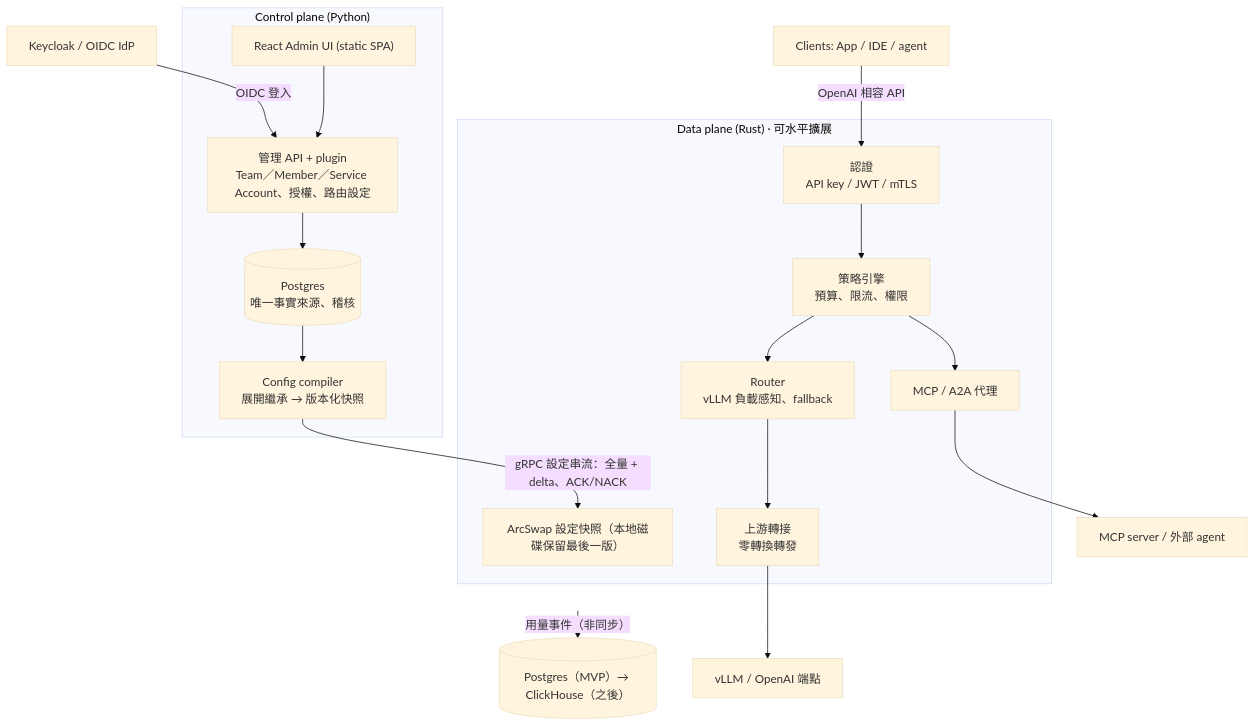
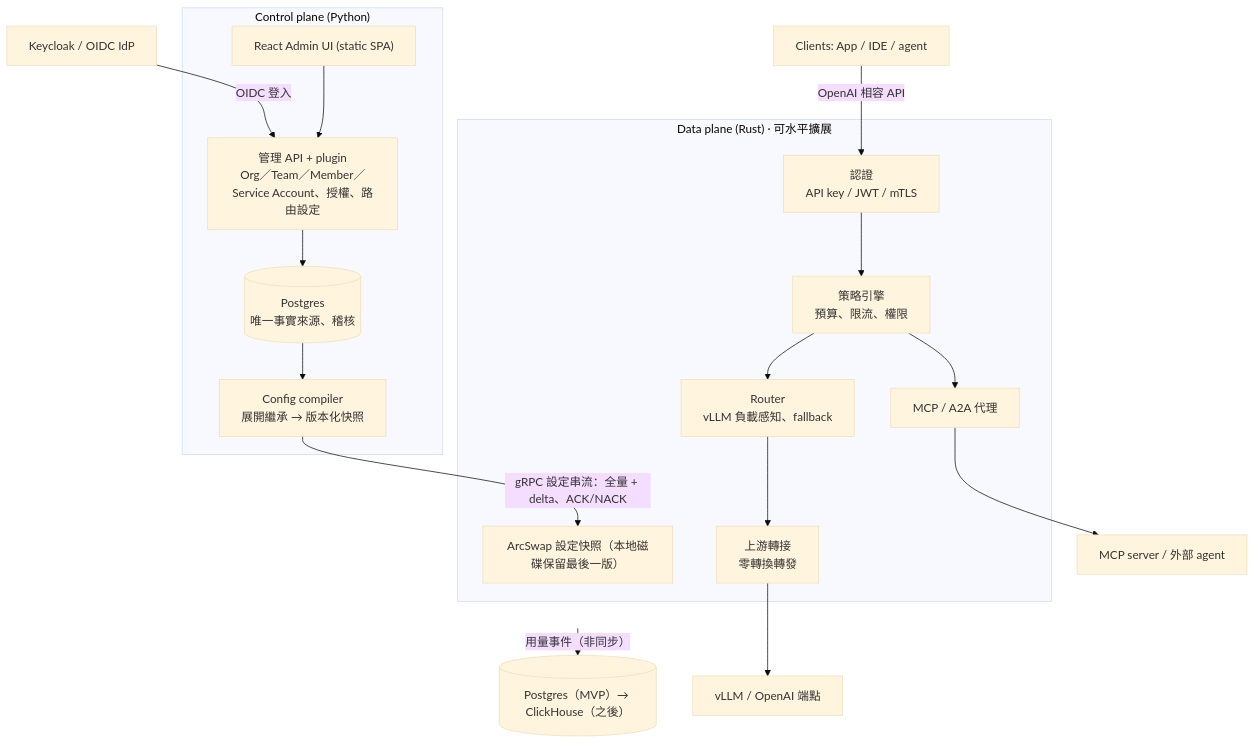
The diagram in docs/architecture.md (lumewarp/lumewarp), drawn with Mermaid (base theme) before and after one commit. The commit also changed other lines of this file and 4 other files, not shown here.

````diff
--- a/docs/architecture.md
+++ b/docs/architecture.md
@@ -24,19 +24,19 @@
 ```mermaid
 flowchart TB
   IdP["Keycloak / OIDC IdP"] -->|OIDC 登入| API
   subgraph CP["Control plane (Python)"]
-    API["管理 API + plugin<br/>Team／Member／Service Account、授權、路由設定"] --> PG[("Postgres<br/>唯一事實來源、稽核")]
+    API["管理 API + plugin<br/>Org／Team／Member／Service Account、授權、路由設定"] --> PG[("Postgres<br/>唯一事實來源、稽核")]
     PG --> COMP["Config compiler<br/>展開繼承 → 版本化快照"]
     UI["React Admin UI (static SPA)"] --> API
   end
   COMP -->|"gRPC 設定串流：全量 + delta、ACK/NACK"| SNAP
   subgraph DP["Data plane (Rust) · 可水平擴展"]
     SNAP["ArcSwap 設定快照（本地磁碟保留最後一版）"]
     AUTH["認證<br/>API key / JWT / mTLS"] --> POL["策略引擎<br/>預算、限流、權限"] --> RT["Router<br/>vLLM 負載感知、fallback"] --> PX["上游轉接<br/>零轉換轉發"]
     POL --> MCP["MCP / A2A 代理"]
   end
   Clients["Clients: App / IDE / agent"] -->|OpenAI 相容 API| AUTH
   PX --> UP["vLLM / OpenAI 端點"]
   MCP --> UP2["MCP server / 外部 agent"]
   DP -->|用量事件（非同步）| STORE[("Postgres（MVP）→ ClickHouse（之後）")]
 ```
````
